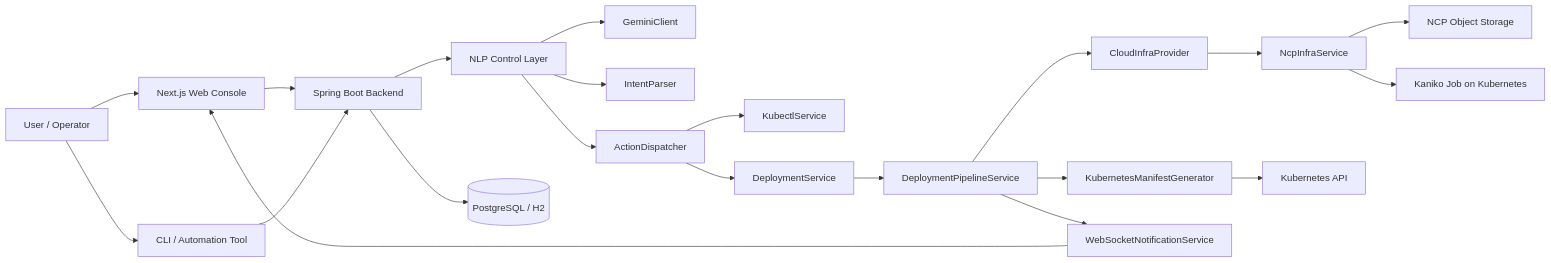
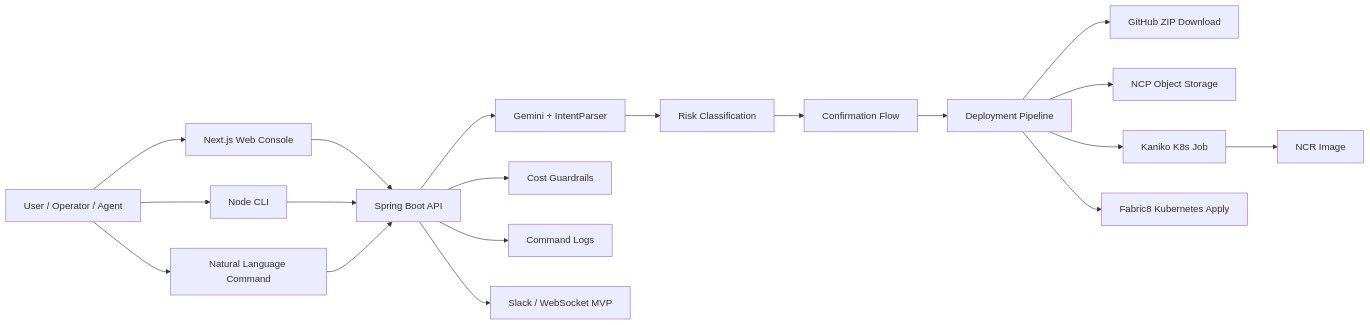
Before and after one commit to kjhyeon0620/K-Le-PaaS-Backend: the diagram in README.md, drawn with Mermaid. The commit also changed other lines of this file, not shown here.

````diff
--- a/README.md
+++ b/README.md
@@ -82,28 +55,21 @@
 ```mermaid
 flowchart LR
-    U[User / Operator] --> W[Next.js Web Console]
-    U --> C[CLI / Automation Tool]
-    W --> B[Spring Boot Backend]
-    C --> B
-
-    B --> A[NLP Control Layer]
-    A --> G[GeminiClient]
-    A --> P[IntentParser]
-    A --> D[ActionDispatcher]
-
-    D --> K[KubectlService]
-    D --> S[DeploymentService]
-
-    S --> PL[DeploymentPipelineService]
-    PL --> CP[CloudInfraProvider]
-    CP --> NCP[NcpInfraService]
-    NCP --> OBJ[NCP Object Storage]
-    NCP --> JOB[Kaniko Job on Kubernetes]
-
-    PL --> MANIFEST[KubernetesManifestGenerator]
-    MANIFEST --> K8S[Kubernetes API]
-
-    B --> DB[(PostgreSQL / H2)]
-    PL --> WS[WebSocketNotificationService]
-    WS --> W
+    User["User / Operator / Agent"] --> Web["Next.js Web Console"]
+    User --> CLI["Node CLI"]
+    User --> NLP["Natural Language Command"]
+    Web --> API["Spring Boot API"]
+    CLI --> API
+    NLP --> API
+    API --> Parser["Gemini + IntentParser"]
+    Parser --> Risk["Risk Classification"]
+    Risk --> Confirm["Confirmation Flow"]
+    Confirm --> Deploy["Deployment Pipeline"]
+    Deploy --> Source["GitHub ZIP Download"]
+    Deploy --> ObjectStorage["NCP Object Storage"]
+    Deploy --> Kaniko["Kaniko K8s Job"]
+    Kaniko --> NCR["NCR Image"]
+    Deploy --> K8s["Fabric8 Kubernetes Apply"]
+    API --> Cost["Cost Guardrails"]
+    API --> Audit["Command Logs"]
+    API --> Notify["Slack / WebSocket MVP"]
 ```
````
